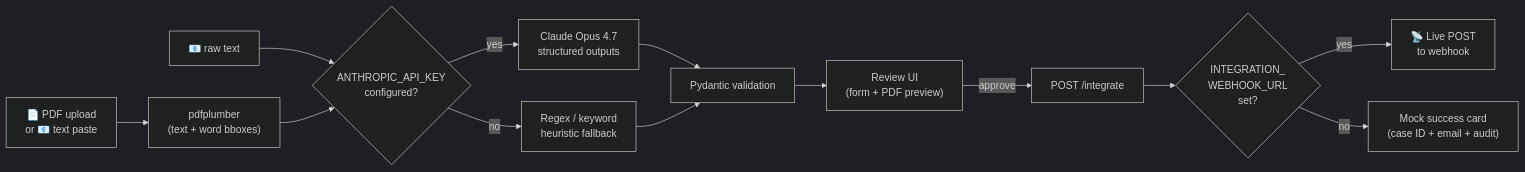
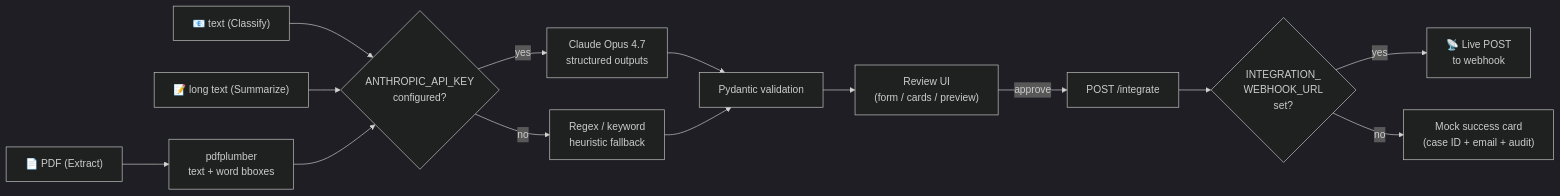
One commit to leumasdam/document-intelligence-poc changed the diagram in README.md. Above: the diagram before and after it, drawn with Mermaid (dark theme). The commit also changed other lines of this file and 4 other files, not shown here.

````diff
--- a/README.md
+++ b/README.md
@@ -65,15 +70,16 @@
 ```mermaid
 flowchart LR
-    A["📄 PDF upload<br/>or 📧 text paste"] --> B["pdfplumber<br/>(text + word bboxes)"]
-    A2["📧 raw text"] --> C
+    A["📄 PDF (Extract)"] --> B["pdfplumber<br/>text + word bboxes"]
+    A2["📧 text (Classify)"] --> C
+    A3["📝 long text (Summarize)"] --> C
     B --> C{"ANTHROPIC_API_KEY<br/>configured?"}
     C -- "yes" --> D["Claude Opus 4.7<br/>structured outputs"]
     C -- "no" --> E["Regex / keyword<br/>heuristic fallback"]
     D --> F["Pydantic validation"]
     E --> F
-    F --> G["Review UI<br/>(form + PDF preview)"]
+    F --> G["Review UI<br/>(form / cards / preview)"]
     G -- "approve" --> H["POST /integrate"]
     H --> I{"INTEGRATION_<br/>WEBHOOK_URL<br/>set?"}
     I -- "yes" --> J["📡 Live POST<br/>to webhook"]
     I -- "no" --> K["Mock success card<br/>(case ID + email + audit)"]
 ```
````
